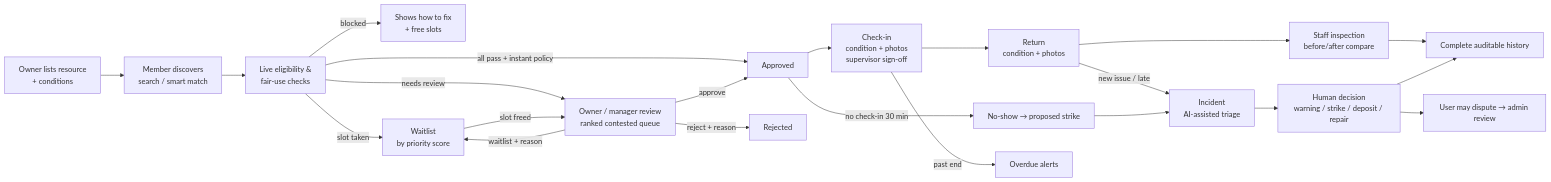
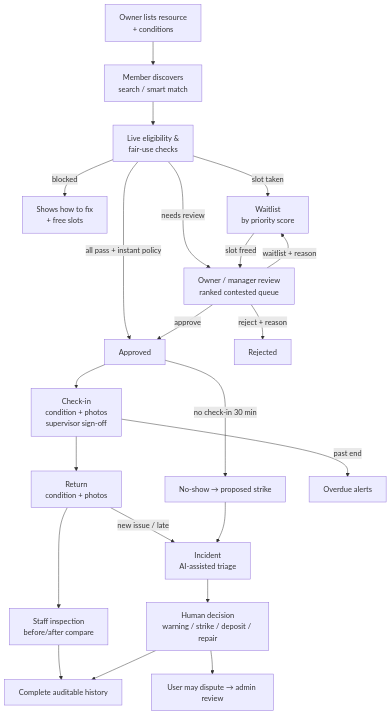
Before and after one commit to PragyaUniverse/lablend: the first of 2 diagrams in PROJECT_DOCUMENT.md, drawn with Mermaid. The commit also changed other lines of this file and 1 other file, not shown here.

````diff
--- a/PROJECT_DOCUMENT.md
+++ b/PROJECT_DOCUMENT.md
@@ -67,24 +66,24 @@
 ```mermaid
-flowchart LR
+flowchart TB
   A[Owner lists resource<br/>+ conditions] --> B[Member discovers<br/>search / smart match]
   B --> C[Live eligibility &<br/>fair-use checks]
   C -->|blocked| C1[Shows how to fix<br/>+ free slots]
   C -->|slot taken| W[Waitlist<br/>by priority score]
   C -->|all pass + instant policy| AP[Approved]
   C -->|needs review| R[Owner / manager review<br/>ranked contested queue]
   R -->|approve| AP
   R -->|reject + reason| X[Rejected]
   R -->|waitlist + reason| W
   W -->|slot freed| R
   AP --> CI[Check-in<br/>condition + photos<br/>supervisor sign-off]
   AP -->|no check-in 30 min| NS[No-show → proposed strike]
   CI --> CO[Return<br/>condition + photos]
   CI -->|past end| OD[Overdue alerts]
   CO --> IN[Staff inspection<br/>before/after compare]
   CO -->|new issue / late| INC[Incident<br/>AI-assisted triage]
   NS --> INC
   INC --> DEC[Human decision<br/>warning / strike / deposit / repair]
   DEC --> DIS[User may dispute → admin review]
   IN --> H[Complete auditable history]
   DEC --> H
 ```
````
